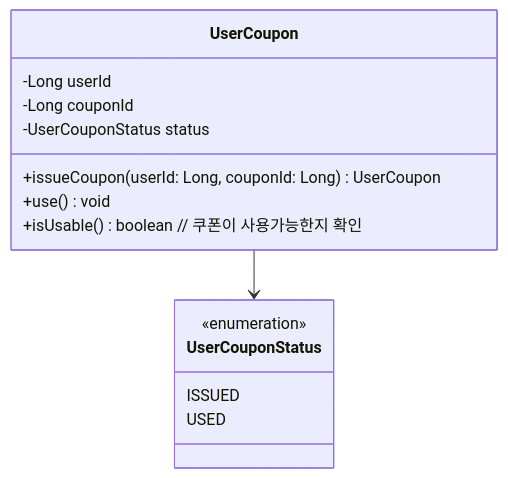
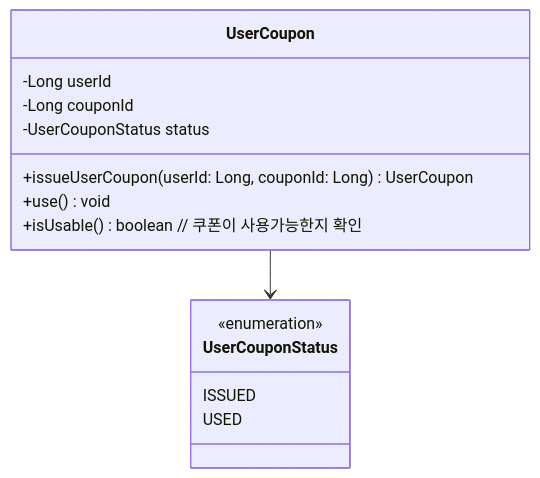
One commit to lostcatbox/e-commerce-order-service changed the sixth of 6 diagrams in docs/ClassDiagrams.md. Above: the diagram before and after it, drawn with Mermaid.

Commit message:
[docs] 유저쿠폰 모델 issueCoupon 메서드명 -> issueUserCoupon으로 명시적으로 변경

````diff
--- a/docs/ClassDiagrams.md
+++ b/docs/ClassDiagrams.md
@@ -118,20 +118,20 @@
 ```mermaid
 classDiagram
     class UserCoupon {
         -Long userId
         -Long couponId
         -UserCouponStatus status
-        +issueCoupon(userId: Long, couponId: Long) UserCoupon
+        +issueUserCoupon(userId: Long, couponId: Long) UserCoupon
         +use() void
         +isUsable() boolean // 쿠폰이 사용가능한지 확인
     }
 
     class UserCouponStatus {
         <<enumeration>>
         ISSUED
         USED
     }
 
     UserCoupon --> UserCouponStatus
 
 ```
````
